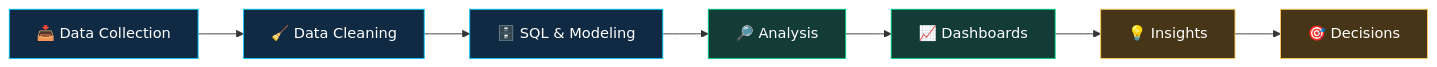
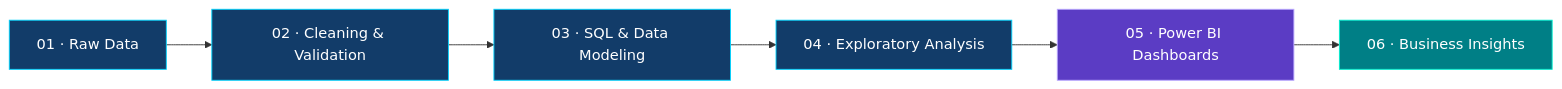
One commit to Patty-09/Patty-09 changed the diagram in README.md. Above: the diagram before and after it, drawn with Mermaid. The commit also changed other lines of this file, not shown here.

````diff
--- a/README.md
+++ b/README.md
@@ -63,17 +44,15 @@
 ```mermaid
 flowchart LR
-    A["📥 Data Collection"] --> B["🧹 Data Cleaning"]
-    B --> C["🗄️ SQL & Modeling"]
-    C --> D["🔎 Analysis"]
-    D --> E["📈 Dashboards"]
-    E --> F["💡 Insights"]
-    F --> G["🎯 Decisions"]
+    A["01 · Raw Data"] --> B["02 · Cleaning & Validation"]
+    B --> C["03 · SQL & Data Modeling"]
+    C --> D["04 · Exploratory Analysis"]
+    D --> E["05 · Power BI Dashboards"]
+    E --> F["06 · Business Insights"]
 
-    style A fill:#102A43,stroke:#00C6FF,color:#FFFFFF
-    style B fill:#102A43,stroke:#00C6FF,color:#FFFFFF
-    style C fill:#102A43,stroke:#00C6FF,color:#FFFFFF
-    style D fill:#123C35,stroke:#00D084,color:#FFFFFF
-    style E fill:#123C35,stroke:#00D084,color:#FFFFFF
-    style F fill:#463516,stroke:#FFC857,color:#FFFFFF
-    style G fill:#463516,stroke:#FFC857,color:#FFFFFF
+    style A fill:#123C69,color:#FFFFFF,stroke:#00D4FF
+    style B fill:#123C69,color:#FFFFFF,stroke:#00D4FF
+    style C fill:#123C69,color:#FFFFFF,stroke:#00D4FF
+    style D fill:#123C69,color:#FFFFFF,stroke:#00D4FF
+    style E fill:#5B3CC4,color:#FFFFFF,stroke:#B9A7FF
+    style F fill:#007F86,color:#FFFFFF,stroke:#00F0D0
 ```
````
